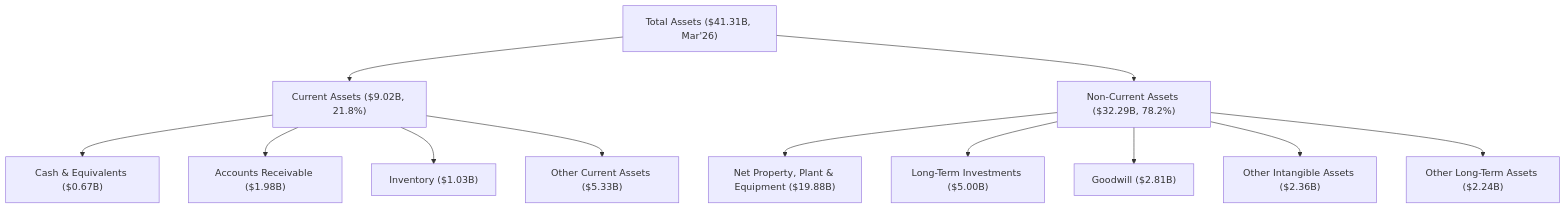
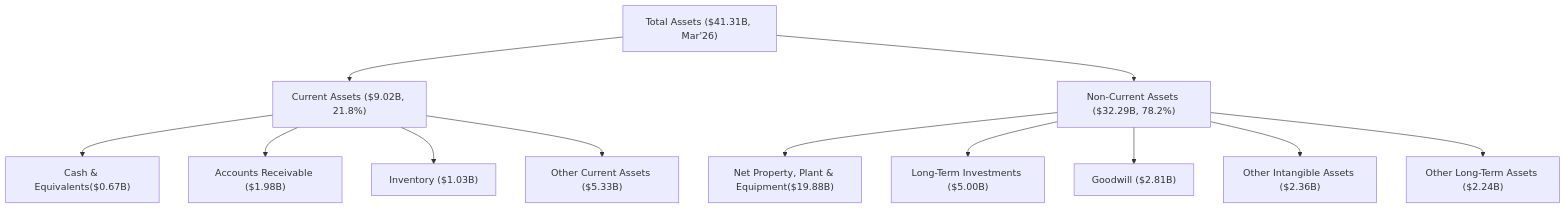
One commit to yennanliu/finance_data changed the sixth of 8 diagrams in ai_gen_report/stock/vst/fundamental_analysis_2026-06-24_gemini-2.md. Above: the diagram before and after it, drawn with Mermaid. The commit also changed 2258 other files, not shown here.

First line of the commit message:
chore: backfill Mermaid syntax repair across existing reports

````diff
--- a/ai_gen_report/stock/vst/fundamental_analysis_2026-06-24_gemini-2.md
+++ b/ai_gen_report/stock/vst/fundamental_analysis_2026-06-24_gemini-2.md
@@ -342,17 +342,17 @@
 ```mermaid
 graph TD
     TA["Total Assets ($41.31B, Mar'26)"]
 
     TA --> CA["Current Assets ($9.02B, 21.8%)"]
-    CA --> CCE["Cash & Equivalents ($0.67B)"]
+    CA --> CCE["Cash & Equivalents($0.67B)"]
     CA --> AR["Accounts Receivable ($1.98B)"]
     CA --> INV["Inventory ($1.03B)"]
     CA --> OCA["Other Current Assets ($5.33B)"]
 
     TA --> NCA["Non-Current Assets ($32.29B, 78.2%)"]
-    NCA --> PPE["Net Property, Plant & Equipment ($19.88B)"]
+    NCA --> PPE["Net Property, Plant & Equipment($19.88B)"]
     NCA --> LTI["Long-Term Investments ($5.00B)"]
     NCA --> GW["Goodwill ($2.81B)"]
     NCA --> OIA["Other Intangible Assets ($2.36B)"]
     NCA --> OLTA["Other Long-Term Assets ($2.24B)"]
 ```
````
